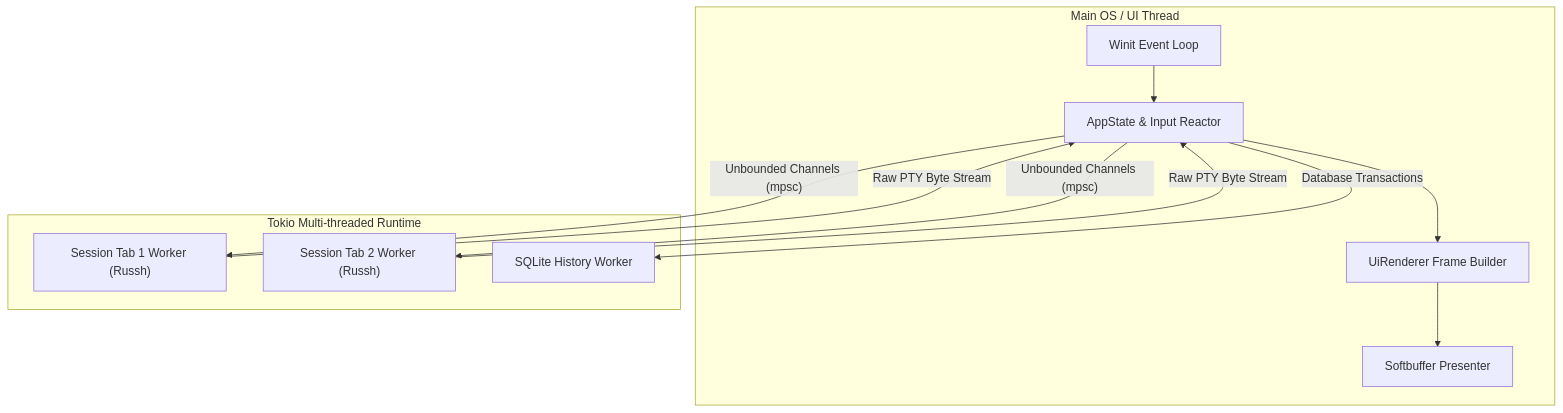
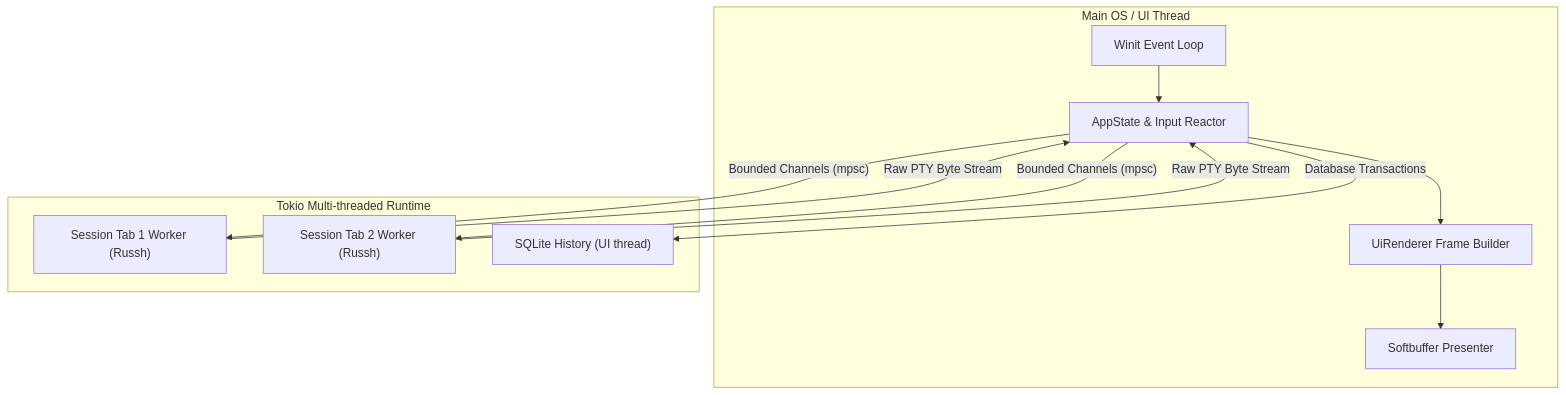
The diagram in docs/ARCHITECTURE.md (vaalimusic/EvertySSH), drawn with Mermaid before and after one commit. The commit also changed other lines of this file and 30 other files, not shown here.

````diff
--- a/docs/ARCHITECTURE.md
+++ b/docs/ARCHITECTURE.md
@@ -42,24 +47,24 @@
 ```mermaid
 flowchart TD
     subgraph MainThread ["Main OS / UI Thread"]
         WL["Winit Event Loop"]
         AS["AppState & Input Reactor"]
         UR["UiRenderer Frame Builder"]
         SB["Softbuffer Presenter"]
         WL --> AS
         AS --> UR
         UR --> SB
     end
 
     subgraph AsyncRuntime ["Tokio Multi-threaded Runtime"]
         SSH1["Session Tab 1 Worker (Russh)"]
         SSH2["Session Tab 2 Worker (Russh)"]
-        DBW["SQLite History Worker"]
+        DBW["SQLite History (UI thread)"]
     end
 
-    AS -- "Unbounded Channels (mpsc)" --> SSH1
-    AS -- "Unbounded Channels (mpsc)" --> SSH2
+    AS -- "Bounded Channels (mpsc)" --> SSH1
+    AS -- "Bounded Channels (mpsc)" --> SSH2
     SSH1 -- "Raw PTY Byte Stream" --> AS
     SSH2 -- "Raw PTY Byte Stream" --> AS
     AS -- "Database Transactions" --> DBW
 ```
````
